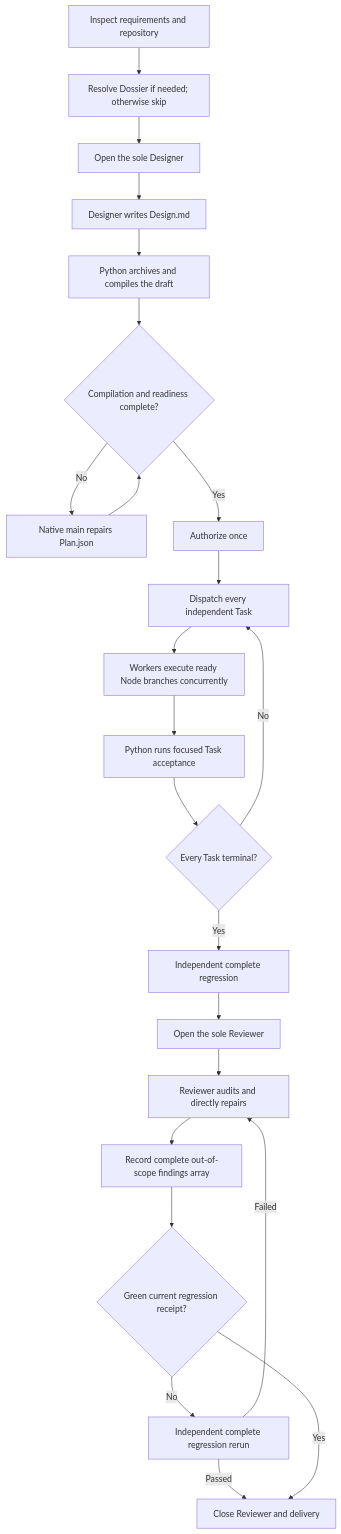
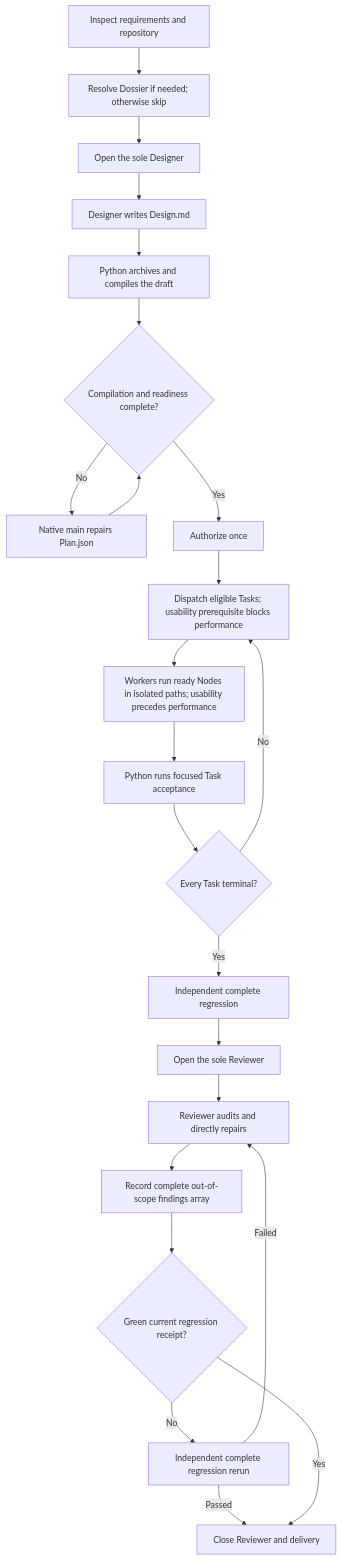
Before and after one commit to Unka-Malloc/better-plan: the diagram in references/workflow.md, drawn with Mermaid. The commit also changed other lines of this file and 88 other files, not shown here.

````diff
--- a/references/workflow.md
+++ b/references/workflow.md
@@ -40,25 +40,25 @@
 ```mermaid
 flowchart TD
     A["Inspect requirements and repository"] --> B["Resolve Dossier if needed; otherwise skip"]
     B --> C["Open the sole Designer"]
     C --> D["Designer writes Design.md"]
     D --> E["Python archives and compiles the draft"]
     E --> F{"Compilation and readiness complete?"}
     F -- "No" --> G["Native main repairs Plan.json"]
     G --> F
     F -- "Yes" --> H["Authorize once"]
-    H --> I["Dispatch every independent Task"]
-    I --> J["Workers execute ready Node branches concurrently"]
+    H --> I["Dispatch eligible Tasks; usability prerequisite blocks performance"]
+    I --> J["Workers run ready Nodes in isolated paths; usability precedes performance"]
     J --> K["Python runs focused Task acceptance"]
     K --> L{"Every Task terminal?"}
     L -- "No" --> I
     L -- "Yes" --> M["Independent complete regression"]
     M --> N["Open the sole Reviewer"]
     N --> O["Reviewer audits and directly repairs"]
     O --> X["Record complete out-of-scope findings array"]
     X --> P{"Green current regression receipt?"}
     P -- "No" --> Q["Independent complete regression rerun"]
     Q -- "Failed" --> O
     Q -- "Passed" --> R["Close Reviewer and delivery"]
     P -- "Yes" --> R
 ```
````
